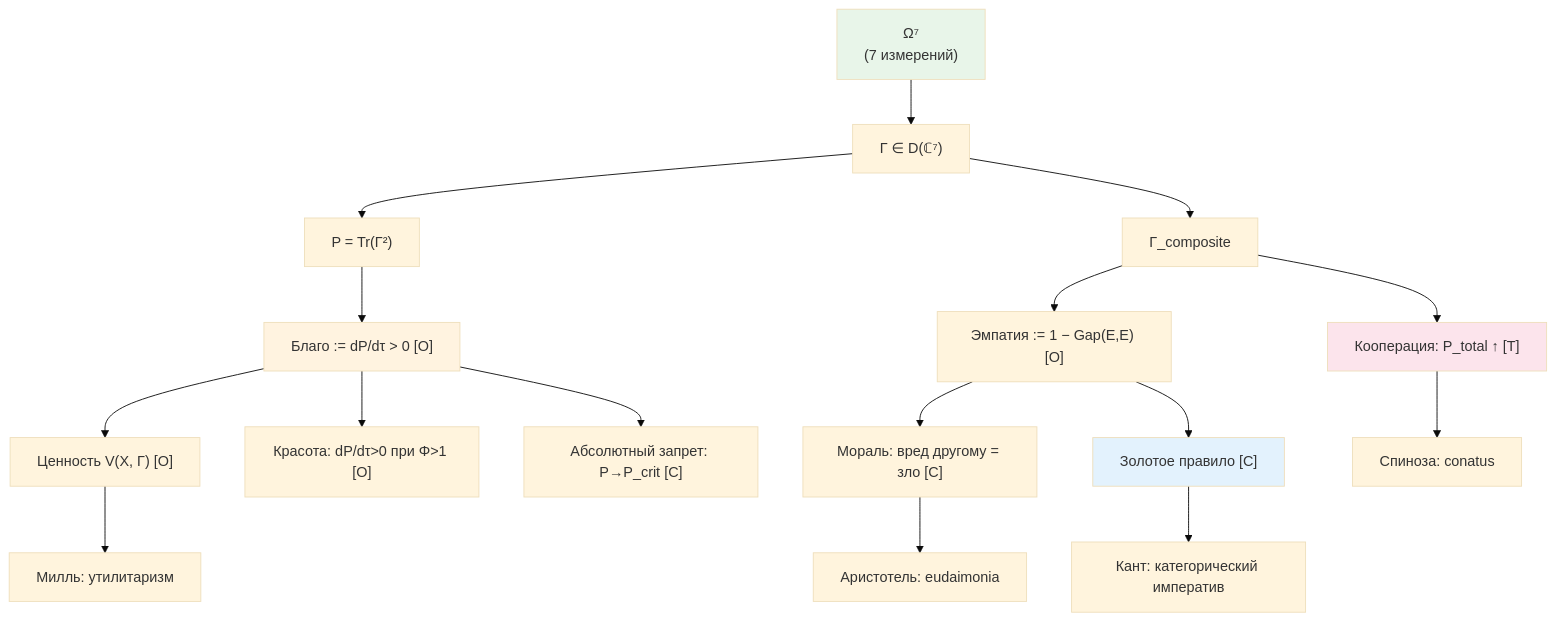
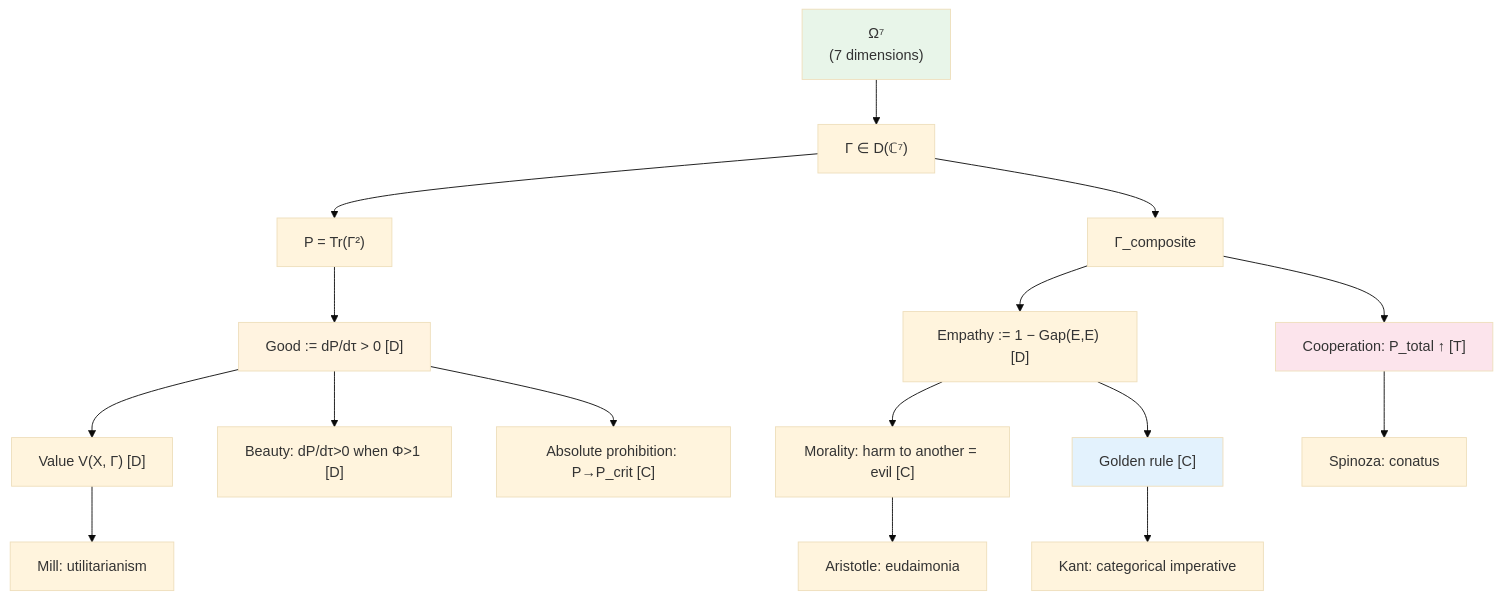
Before and after one commit to gst-st/uhm: the third of 3 diagrams in website/docs/consciousness/ethics-meaning/value-consciousness.md, drawn with Mermaid (base theme). The commit also changed other lines of this file and 79 other files, not shown here.

````diff
--- a/website/docs/consciousness/ethics-meaning/value-consciousness.md
+++ b/website/docs/consciousness/ethics-meaning/value-consciousness.md
@@ -635,25 +635,25 @@
 ```mermaid
 graph TD
-    OM["Ω⁷<br/>(7 измерений)"] --> GAM["Γ ∈ D(ℂ⁷)"]
+    OM["Ω⁷<br/>(7 dimensions)"] --> GAM["Γ ∈ D(ℂ⁷)"]
     GAM --> P["P = Tr(Γ²)"]
-    P --> DEF["Благо := dP/dτ > 0 [О]"]
-    DEF --> VAL["Ценность V(X, Γ) [О]"]
-    DEF --> BEAUTY["Красота: dP/dτ>0 при Φ>1 [О]"]
-    DEF --> EVIL["Абсолютный запрет: P→P_crit [С]"]
+    P --> DEF["Good := dP/dτ > 0 [D]"]
+    DEF --> VAL["Value V(X, Γ) [D]"]
+    DEF --> BEAUTY["Beauty: dP/dτ>0 when Φ>1 [D]"]
+    DEF --> EVIL["Absolute prohibition: P→P_crit [C]"]
 
     GAM --> COMP["Γ_composite"]
-    COMP --> EMP["Эмпатия := 1 − Gap(E,E) [О]"]
-    EMP --> MORAL["Мораль: вред другому = зло [С]"]
-    EMP --> GOLD["Золотое правило [С]"]
-    COMP --> COOP["Кооперация: P_total ↑ [Т]"]
+    COMP --> EMP["Empathy := 1 − Gap(E,E) [D]"]
+    EMP --> MORAL["Morality: harm to another = evil [C]"]
+    EMP --> GOLD["Golden rule [C]"]
+    COMP --> COOP["Cooperation: P_total ↑ [T]"]
 
-    MORAL --> ARIST["Аристотель: eudaimonia"]
-    GOLD --> KANT["Кант: категорический императив"]
-    COOP --> SPIN["Спиноза: conatus"]
-    VAL --> MILL["Милль: утилитаризм"]
+    MORAL --> ARIST["Aristotle: eudaimonia"]
+    GOLD --> KANT["Kant: categorical imperative"]
+    COOP --> SPIN["Spinoza: conatus"]
+    VAL --> MILL["Mill: utilitarianism"]
 
     style OM fill:#e8f5e9
     style DEF fill:#fff3e0
     style GOLD fill:#e3f2fd
     style COOP fill:#fce4ec
 ```
````
